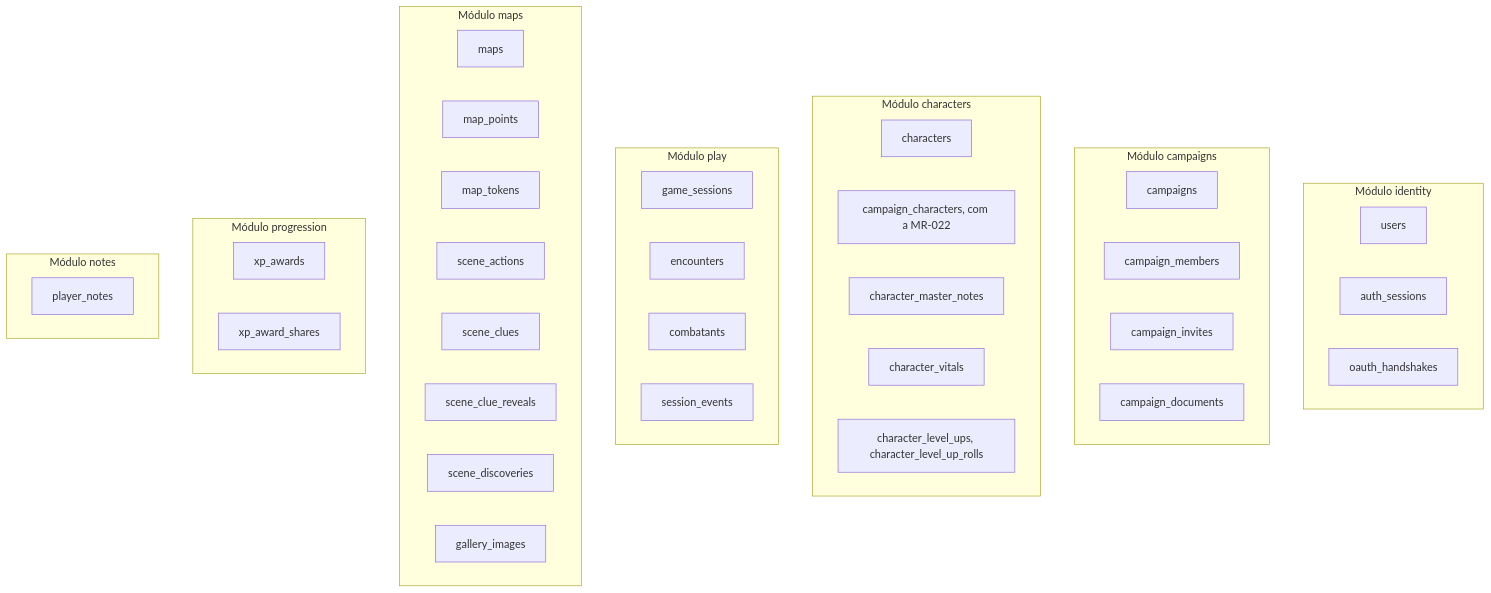
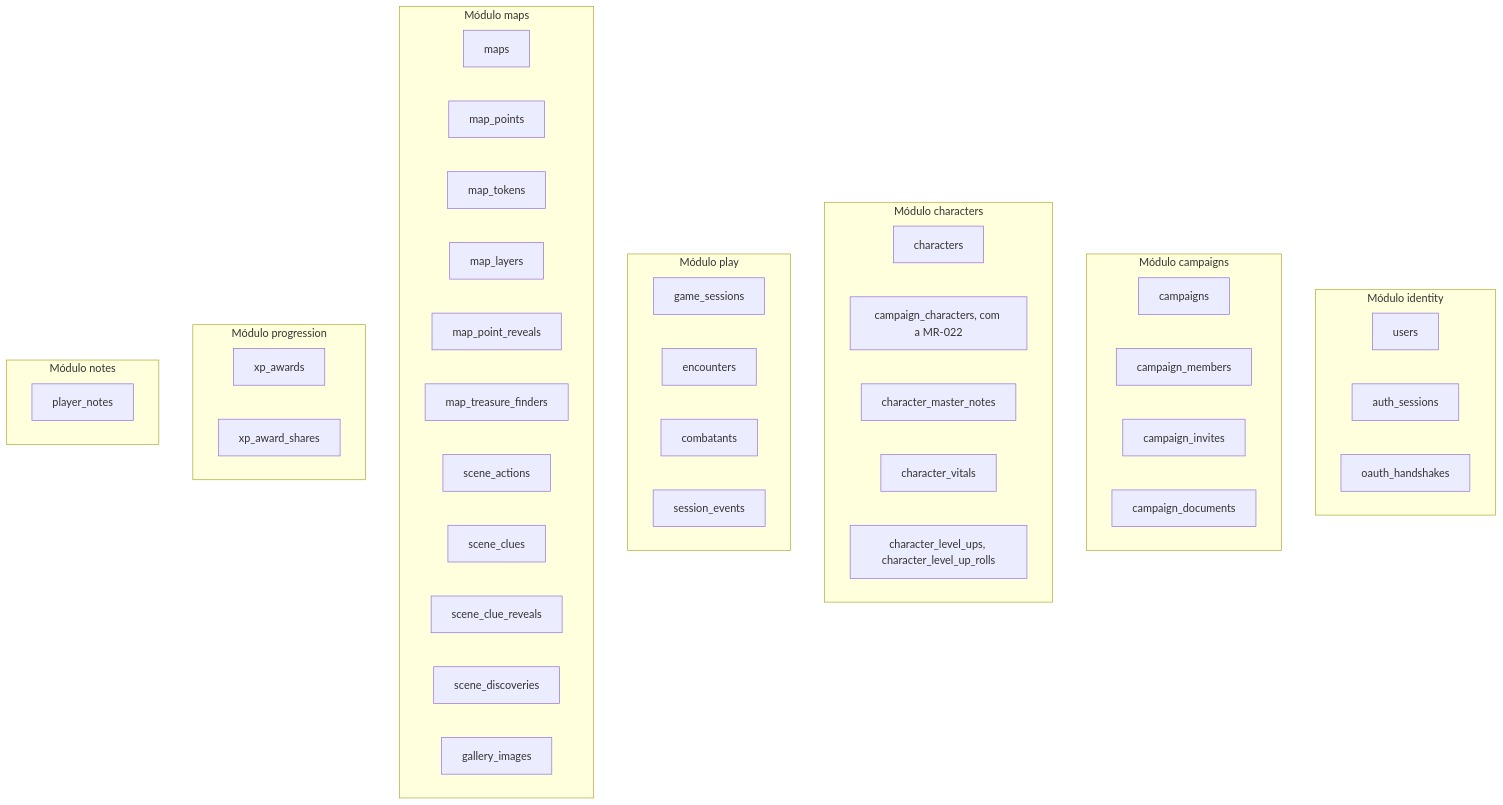
One commit to PuraFome/meuRPG changed the second of 3 diagrams in docs/dados.md. Above: the diagram before and after it, drawn with Mermaid. The commit also changed other lines of this file and 44 other files, not shown here.

First line of the commit message:
feat(maps): the layers, the fog settings, and traps, treasure and lights on the map (Etapa 9)

````diff
--- a/docs/dados.md
+++ b/docs/dados.md
@@ -303,50 +303,53 @@
 ```mermaid
 flowchart TD
     subgraph identity["Módulo identity"]
         t_users["users"]
         t_auth_sessions["auth_sessions"]
         t_oauth_handshakes["oauth_handshakes"]
     end
 
     subgraph campaigns_mod["Módulo campaigns"]
         t_campaigns["campaigns"]
         t_campaign_members["campaign_members"]
         t_campaign_invites["campaign_invites"]
         t_campaign_documents["campaign_documents"]
     end
 
     subgraph characters_mod["Módulo characters"]
         t_characters["characters"]
         t_campaign_characters["campaign_characters, com a MR-022"]
         t_character_master_notes["character_master_notes"]
         t_character_vitals["character_vitals"]
         t_character_level_ups["character_level_ups, character_level_up_rolls"]
     end
 
     subgraph play["Módulo play"]
         t_game_sessions["game_sessions"]
         t_encounters["encounters"]
         t_combatants["combatants"]
         t_session_events["session_events"]
     end
 
     subgraph maps_mod["Módulo maps"]
         t_maps["maps"]
         t_map_points["map_points"]
         t_map_tokens["map_tokens"]
+        t_map_layers["map_layers"]
+        t_map_point_reveals["map_point_reveals"]
+        t_map_treasure_finders["map_treasure_finders"]
         t_scene_actions["scene_actions"]
         t_scene_clues["scene_clues"]
         t_scene_clue_reveals["scene_clue_reveals"]
         t_scene_discoveries["scene_discoveries"]
         t_gallery_images["gallery_images"]
     end
 
     subgraph progression["Módulo progression"]
         t_xp_awards["xp_awards"]
         t_xp_award_shares["xp_award_shares"]
     end
 
     subgraph notes_mod["Módulo notes"]
         t_player_notes["player_notes"]
     end
 ```
````
